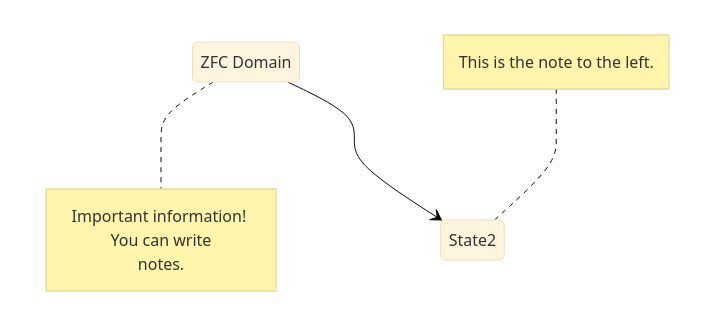
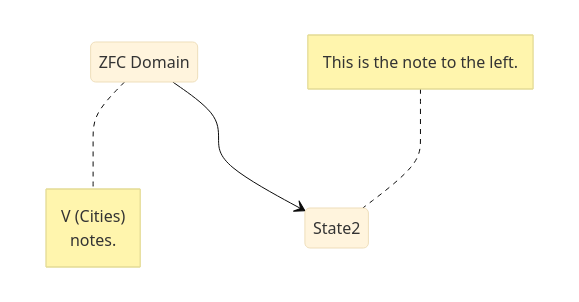
Before and after one commit to roguemage-cyberzen/Reasoning-Engine: the diagram in problems/python/ImplementationGuideTSP.md, drawn with Mermaid (base theme).

````diff
--- a/problems/python/ImplementationGuideTSP.md
+++ b/problems/python/ImplementationGuideTSP.md
@@ -15,10 +15,10 @@
 ```mermaid
     stateDiagram-v2
         State1: ZFC Domain
         note right of State1
-            Important information! You can write
+            V (Cities)
             notes.
         end note
         State1 --> State2
         note left of State2 : This is the note to the left.
 ```
````
